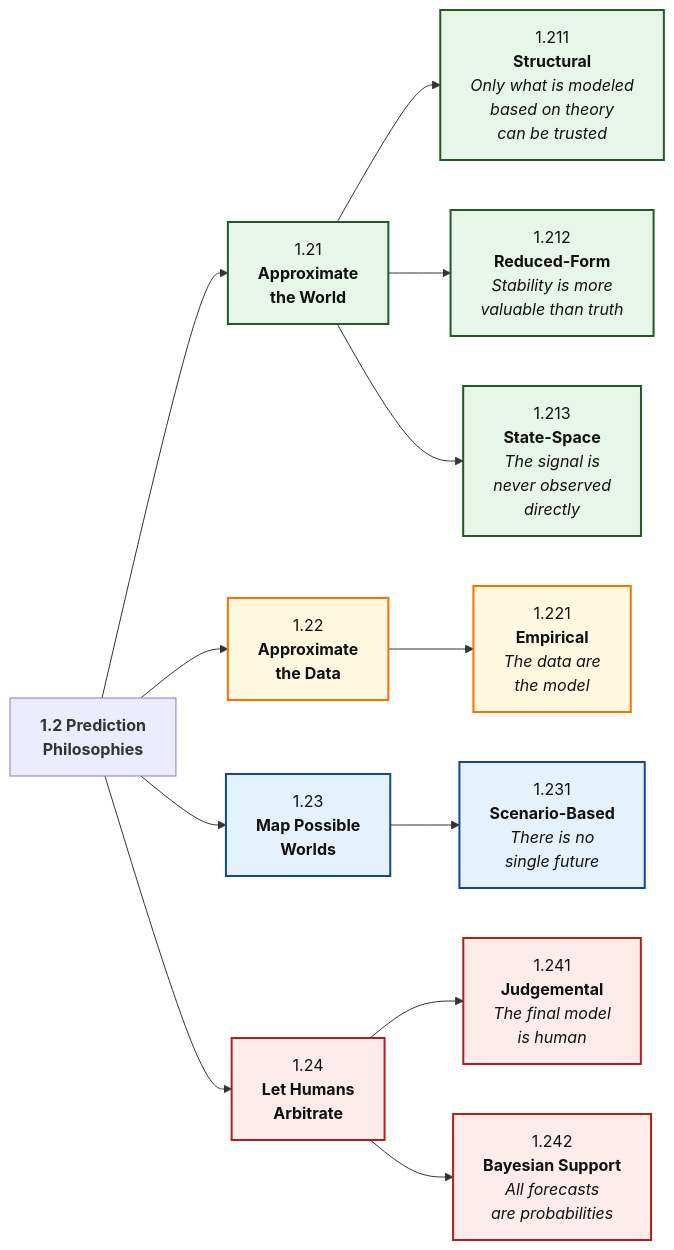
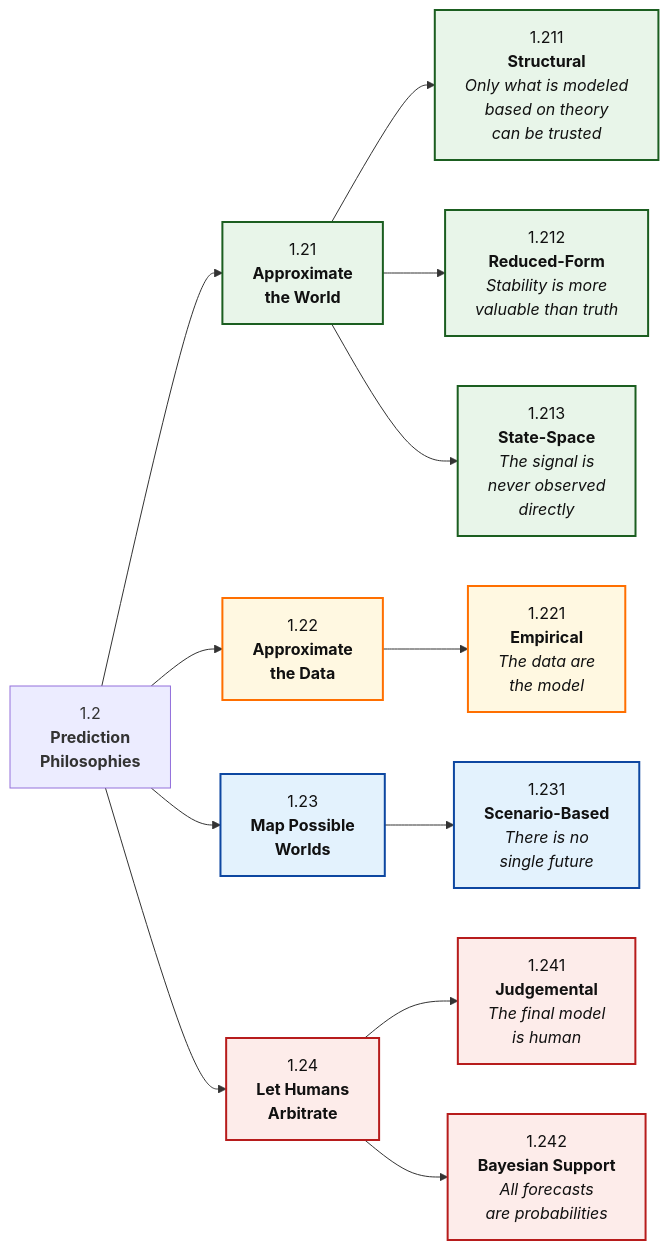
One commit to Tellusant/docs changed the diagram in articles-posts/predictive-model-evaluation-framework.md. Above: the diagram before and after it, drawn with Mermaid.

```diff
--- a/articles-posts/predictive-model-evaluation-framework.md
+++ b/articles-posts/predictive-model-evaluation-framework.md
@@ -25,42 +25,42 @@
 <div class="mermaid">
   
 flowchart LR
 
 %% ========= NODES =========
-P["`**1.2 Prediction**<br/>**Philosophies**`"]:::none
+P["`1.2<br/>**Prediction**<br/>**Philosophies**`"]:::none
 
 AW["`1.21<br/>**Approximate<br/>the World**`"]:::strong
 AD["`1.22<br/>**Approximate<br/>the Data**`"]:::mixed
 PW["`1.23<br/>**Map Possible<br/>Worlds**`"]:::neutral
 HA["`1.24<br/>**Let Humans<br/>Arbitrate**`"]:::risk
 
 STR["`1.211<br/>**Structural**<br/>*Only what is modeled<br/>based on theory<br/>can be trusted*`"]:::strong
 RED["`1.212<br/>**Reduced-Form**<br/>*Stability is more<br/>valuable than truth*`"]:::strong
 STA["`1.213<br/>**State-Space**<br/>*The signal is<br/>never observed<br/>directly*`"]:::strong
 EMP["`1.221<br/>**Empirical**<br/>*The data are<br/>the model*`"]:::mixed
 SCE["`1.231<br/>**Scenario-Based**<br/>*There is no<br/>single future*`"]:::neutral
 JUD["`1.241<br/>**Judgemental**<br/>*The final model<br/>is human*`"]:::risk
 BAY["`1.242<br/>**Bayesian Support**<br/>*All forecasts<br/>are probabilities*`"]:::risk
 
 %% ========= RELATIONSHIPS =========
 P --> AW
 P --> AD
 P --> PW
 P --> HA
 AW --> STR
 AW --> RED
 AW --> STA
 AD --> EMP
 PW --> SCE
 HA --> JUD
 HA --> BAY
 
 %% ========= STYLES =========
 classDef strong  fill:#E8F5E9,stroke:#1B5E20,stroke-width:2px,color:#111;
 classDef neutral fill:#E3F2FD,stroke:#0D47A1,stroke-width:2px,color:#111;
 classDef mixed   fill:#FFF8E1,stroke:#FF6F00,stroke-width:2px,color:#111;
 classDef risk    fill:#FDECEA,stroke:#B71C1C,stroke-width:2px,color:#111;
 classDef summary fill:#F5F5F5,stroke:#424242,stroke-width:2px,color:#111;
 classDef anchor fill:transparent,stroke:transparent;
 
 </div>
```
